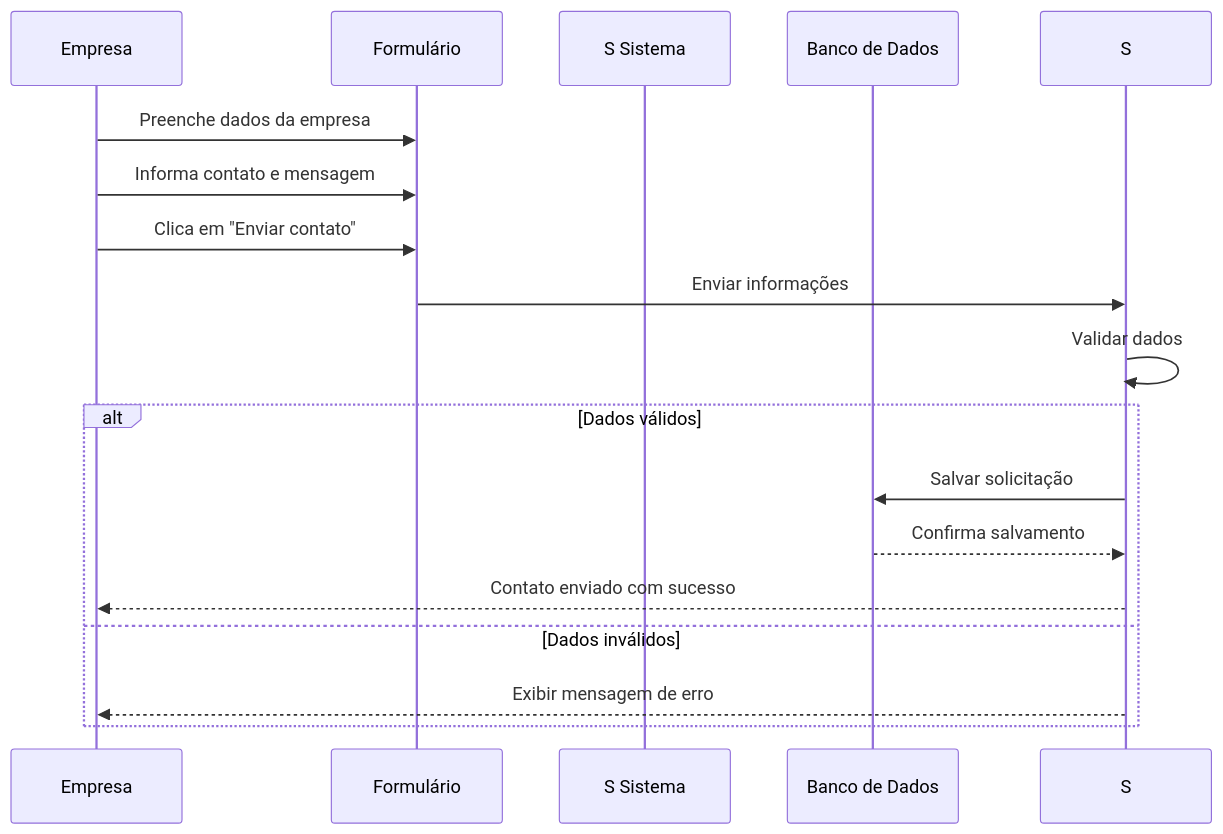
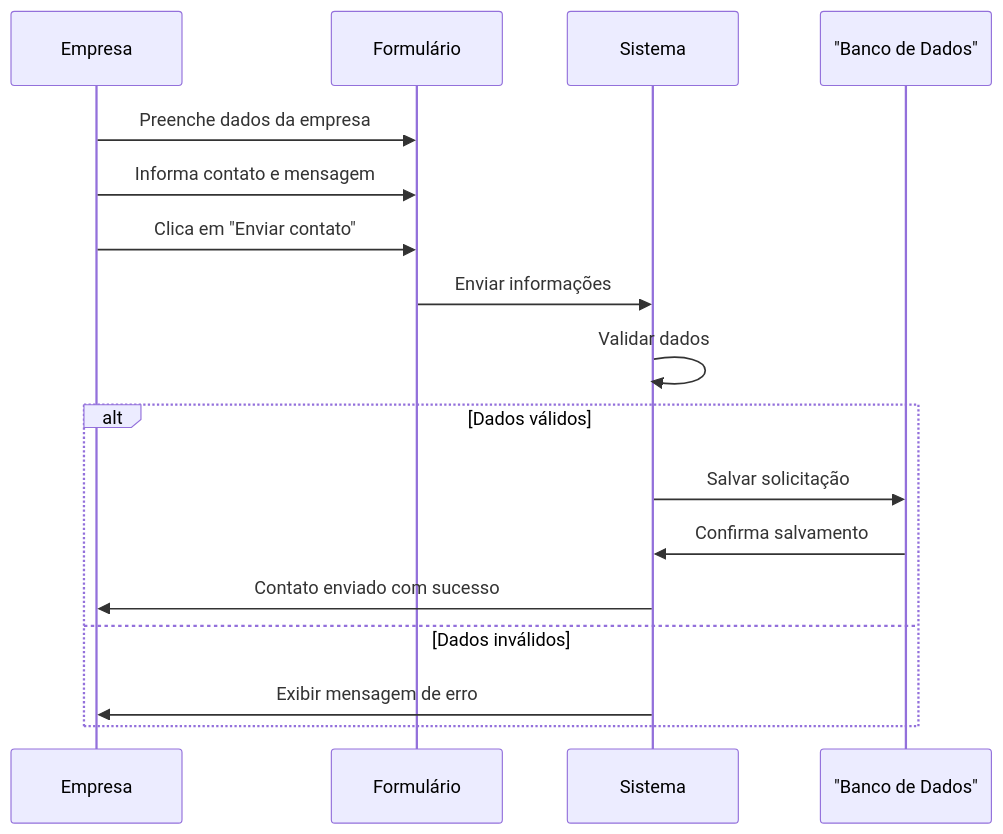
The tenth of 12 diagrams in README.md (ligiaoliveira/Casa-dos-Gatos), drawn with Mermaid before and after one commit.

Commit message:
Fix mermaid diagram formatting in README.md

````diff
--- a/README.md
+++ b/README.md
@@ -431,21 +431,21 @@
 ```mermaid
 sequenceDiagram
-participant E as Empresa
-participant F as Formulário 
-participant S Sistema
-participant BD as Banco de Dados
+    participant E as Empresa
+    participant F as Formulário
+    participant S as Sistema
+    participant BD as "Banco de Dados"
 
-E ->> F: Preenche dados da empresa
-E ->> F: Informa contato e mensagem
-E ->> F: Clica em "Enviar contato"
-F ->> S: Enviar informações
-S ->> S: Validar dados
+    E ->> F: Preenche dados da empresa
+    E ->> F: Informa contato e mensagem
+    E ->> F: Clica em "Enviar contato"
+    F ->> S: Enviar informações
+    S ->> S: Validar dados
 
-alt Dados válidos
-S->> BD: Salvar solicitação
-BD -->> S: Confirma salvamento
-S -->> E: Contato enviado com sucesso
-else Dados inválidos
-S -->> E: Exibir mensagem de erro
-end
+    alt Dados válidos
+        S ->> BD: Salvar solicitação
+        BD ->> S: Confirma salvamento
+        S ->> E: Contato enviado com sucesso
+    else Dados inválidos
+        S ->> E: Exibir mensagem de erro
+    end
 ```
````
